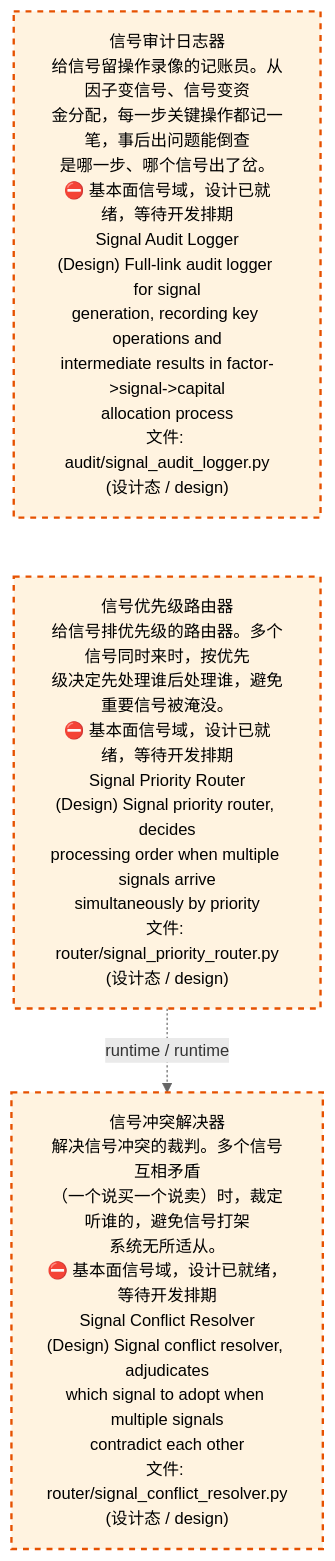
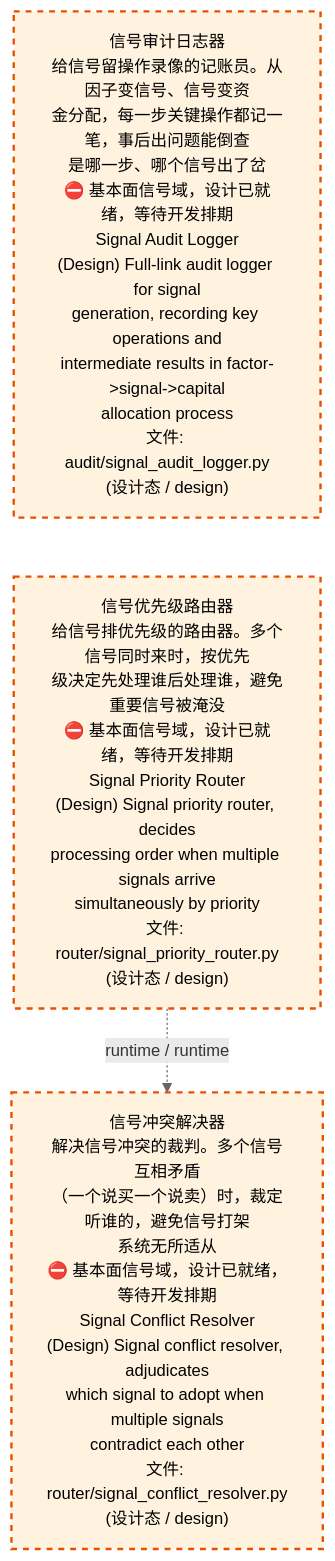
One commit to xuanFelixVan/ZephyrAlpha changed the third of 4 diagrams in docs/02_enterprise_architecture/02_domain_architecture_docs/48_d_fundamental_signal.md. Above: the diagram before and after it, drawn with Mermaid. The commit also changed other lines of this file and 63 other files, not shown here.

````diff
--- a/docs/02_enterprise_architecture/02_domain_architecture_docs/48_d_fundamental_signal.md
+++ b/docs/02_enterprise_architecture/02_domain_architecture_docs/48_d_fundamental_signal.md
@@ -160,14 +160,14 @@
 ```mermaid
 %%{init: {'theme': 'base', 'themeVariables': {'primaryColor': '#eaeaea', 'primaryTextColor': '#333333', 'primaryBorderColor': '#666666', 'lineColor': '#666666', 'secondaryColor': '#eaeaea', 'tertiaryColor': '#eaeaea', 'fontSize': '14px'}}}%%
 flowchart TD
-    src_zephyr_signal_fundamental_audit_signal_audit_logger_py["信号审计日志器<br/>给信号留操作录像的记账员。从因子变信号、信号变资<br/>金分配，每一步关键操作都记一笔，事后出问题能倒查<br/>是哪一步、哪个信号出了岔。<br/>⛔ 基本面信号域，设计已就绪，等待开发排期<br/>Signal Audit Logger<br/>(Design) Full-link audit logger for signal<br/>generation, recording key operations and<br/>intermediate results in factor->signal->capital<br/>allocation process<br/>文件: audit/signal_audit_logger.py<br/>(设计态 / design)"]
-    src_zephyr_signal_fundamental_router_signal_priority_router_py["信号优先级路由器<br/>给信号排优先级的路由器。多个信号同时来时，按优先<br/>级决定先处理谁后处理谁，避免重要信号被淹没。<br/>⛔ 基本面信号域，设计已就绪，等待开发排期<br/>Signal Priority Router<br/>(Design) Signal priority router, decides<br/>processing order when multiple signals arrive<br/>simultaneously by priority<br/>文件: router/signal_priority_router.py<br/>(设计态 / design)"]
+    src_zephyr_signal_fundamental_audit_signal_audit_logger_py["信号审计日志器<br/>给信号留操作录像的记账员。从因子变信号、信号变资<br/>金分配，每一步关键操作都记一笔，事后出问题能倒查<br/>是哪一步、哪个信号出了岔<br/>⛔ 基本面信号域，设计已就绪，等待开发排期<br/>Signal Audit Logger<br/>(Design) Full-link audit logger for signal<br/>generation, recording key operations and<br/>intermediate results in factor->signal->capital<br/>allocation process<br/>文件: audit/signal_audit_logger.py<br/>(设计态 / design)"]
+    src_zephyr_signal_fundamental_router_signal_priority_router_py["信号优先级路由器<br/>给信号排优先级的路由器。多个信号同时来时，按优先<br/>级决定先处理谁后处理谁，避免重要信号被淹没<br/>⛔ 基本面信号域，设计已就绪，等待开发排期<br/>Signal Priority Router<br/>(Design) Signal priority router, decides<br/>processing order when multiple signals arrive<br/>simultaneously by priority<br/>文件: router/signal_priority_router.py<br/>(设计态 / design)"]
     src_zephyr_signal_fundamental_audit_signal_audit_logger_py ~~~ src_zephyr_signal_fundamental_router_signal_priority_router_py
-    src_zephyr_signal_fundamental_router_signal_conflict_resolver_py["信号冲突解决器<br/>解决信号冲突的裁判。多个信号互相矛盾<br/>（一个说买一个说卖）时，裁定听谁的，避免信号打架<br/>系统无所适从。<br/>⛔ 基本面信号域，设计已就绪，等待开发排期<br/>Signal Conflict Resolver<br/>(Design) Signal conflict resolver, adjudicates<br/>which signal to adopt when multiple signals<br/>contradict each other<br/>文件: router/signal_conflict_resolver.py<br/>(设计态 / design)"]
+    src_zephyr_signal_fundamental_router_signal_conflict_resolver_py["信号冲突解决器<br/>解决信号冲突的裁判。多个信号互相矛盾<br/>（一个说买一个说卖）时，裁定听谁的，避免信号打架<br/>系统无所适从<br/>⛔ 基本面信号域，设计已就绪，等待开发排期<br/>Signal Conflict Resolver<br/>(Design) Signal conflict resolver, adjudicates<br/>which signal to adopt when multiple signals<br/>contradict each other<br/>文件: router/signal_conflict_resolver.py<br/>(设计态 / design)"]
     src_zephyr_signal_fundamental_router_signal_priority_router_py -.->|runtime / runtime| src_zephyr_signal_fundamental_router_signal_conflict_resolver_py
     classDef production fill:#e1f5fe,stroke:#01579b,stroke-width:2px,color:#000
     classDef design fill:#fff3e0,stroke:#e65100,stroke-width:2px,color:#000,stroke-dasharray: 5 5
     classDef external_prod fill:#e8f4fd,stroke:#0277bd,stroke-width:1px,color:#000
     classDef external_design fill:#fff8e7,stroke:#ef6c00,stroke-width:1px,color:#000,stroke-dasharray: 5 5
     class src_zephyr_signal_fundamental_audit_signal_audit_logger_py,src_zephyr_signal_fundamental_router_signal_conflict_resolver_py,src_zephyr_signal_fundamental_router_signal_priority_router_py design
 ```
````
